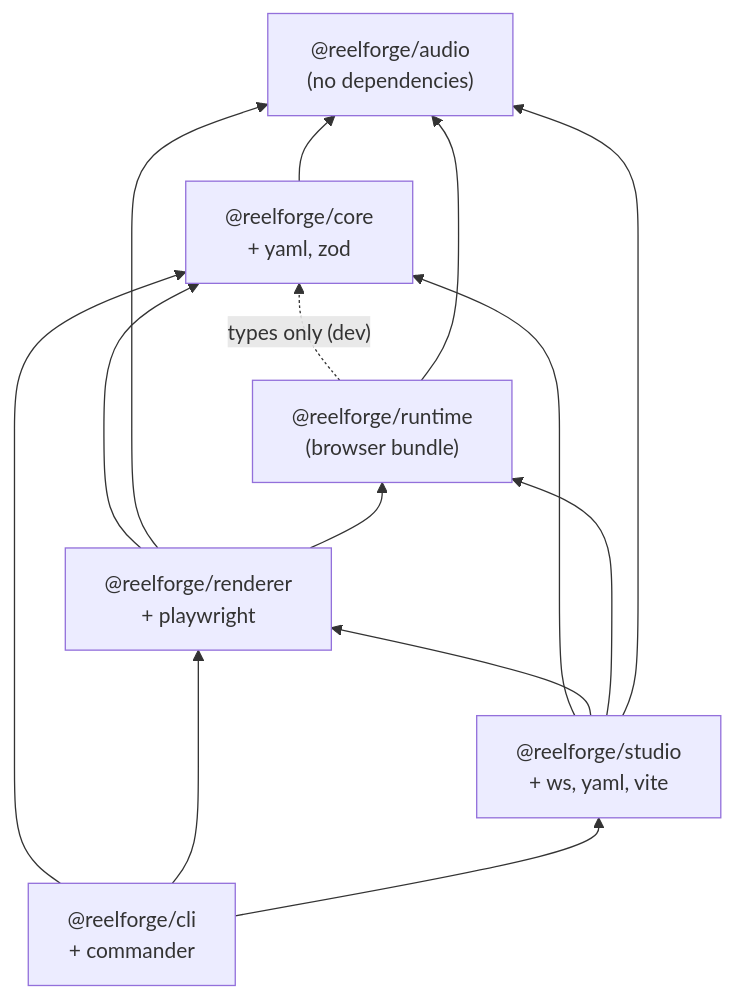
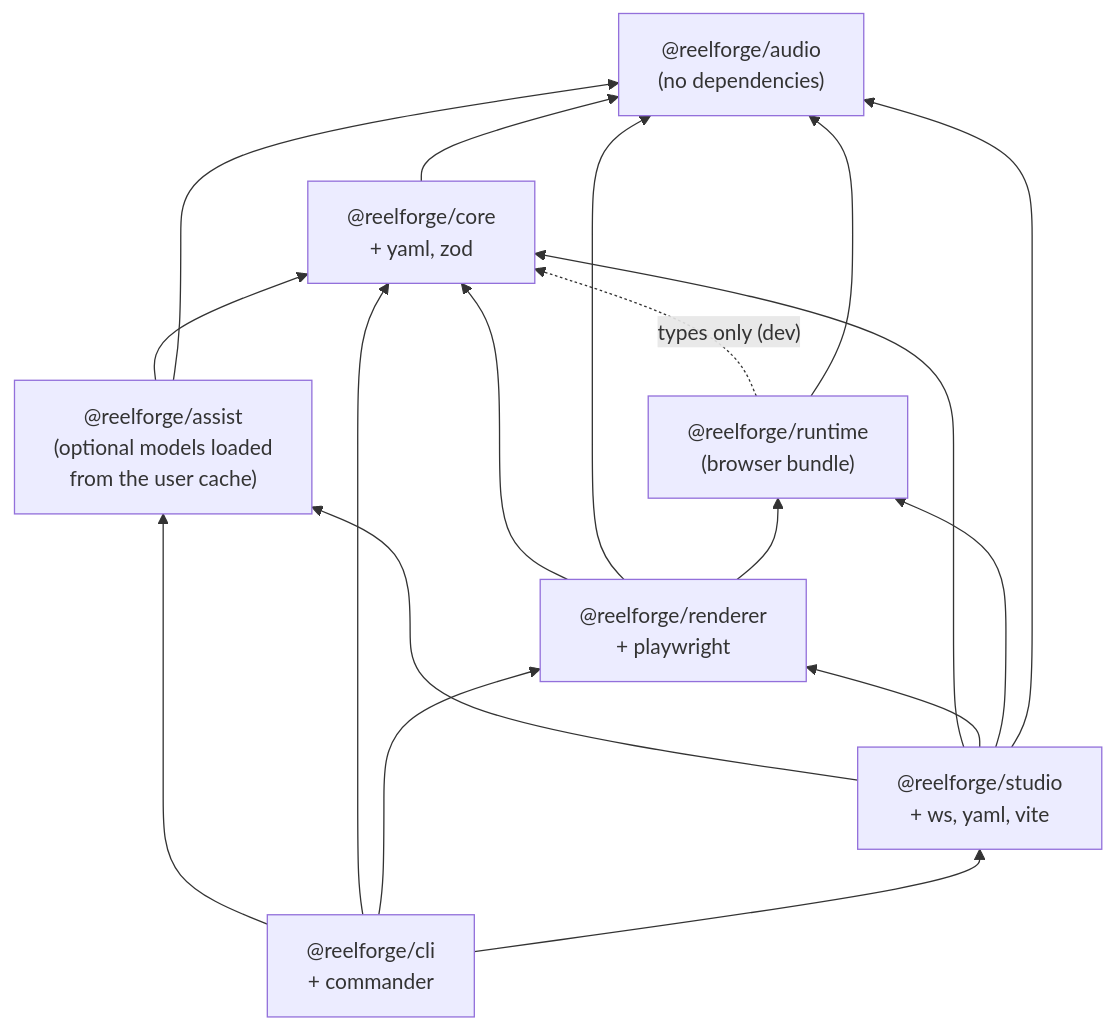
One commit to TerminalDZ/vidcreat changed the third of 24 diagrams in docs/architecture-ar.md. Above: the diagram before and after it, drawn with Mermaid. The commit also changed other lines of this file and 9 other files, not shown here.

````diff
--- a/docs/architecture-ar.md
+++ b/docs/architecture-ar.md
@@ -197,23 +198,28 @@
 ```mermaid
 flowchart BT
     audio["@reelforge/audio<br/>(no dependencies)"]
     core["@reelforge/core<br/>+ yaml, zod"]
     runtime["@reelforge/runtime<br/>(browser bundle)"]
     renderer["@reelforge/renderer<br/>+ playwright"]
     studio["@reelforge/studio<br/>+ ws, yaml, vite"]
     cli["@reelforge/cli<br/>+ commander"]
+    assist["@reelforge/assist<br/>(optional models loaded<br/>from the user cache)"]
 
+    assist --> core
+    assist --> audio
+    studio --> assist
+    cli --> assist
     core --> audio
     runtime -.->|"types only (dev)"| core
     runtime --> audio
     renderer --> core
     renderer --> audio
     renderer --> runtime
     studio --> core
     studio --> renderer
     studio --> runtime
     studio --> audio
     cli --> core
     cli --> renderer
     cli --> studio
 ```
````
